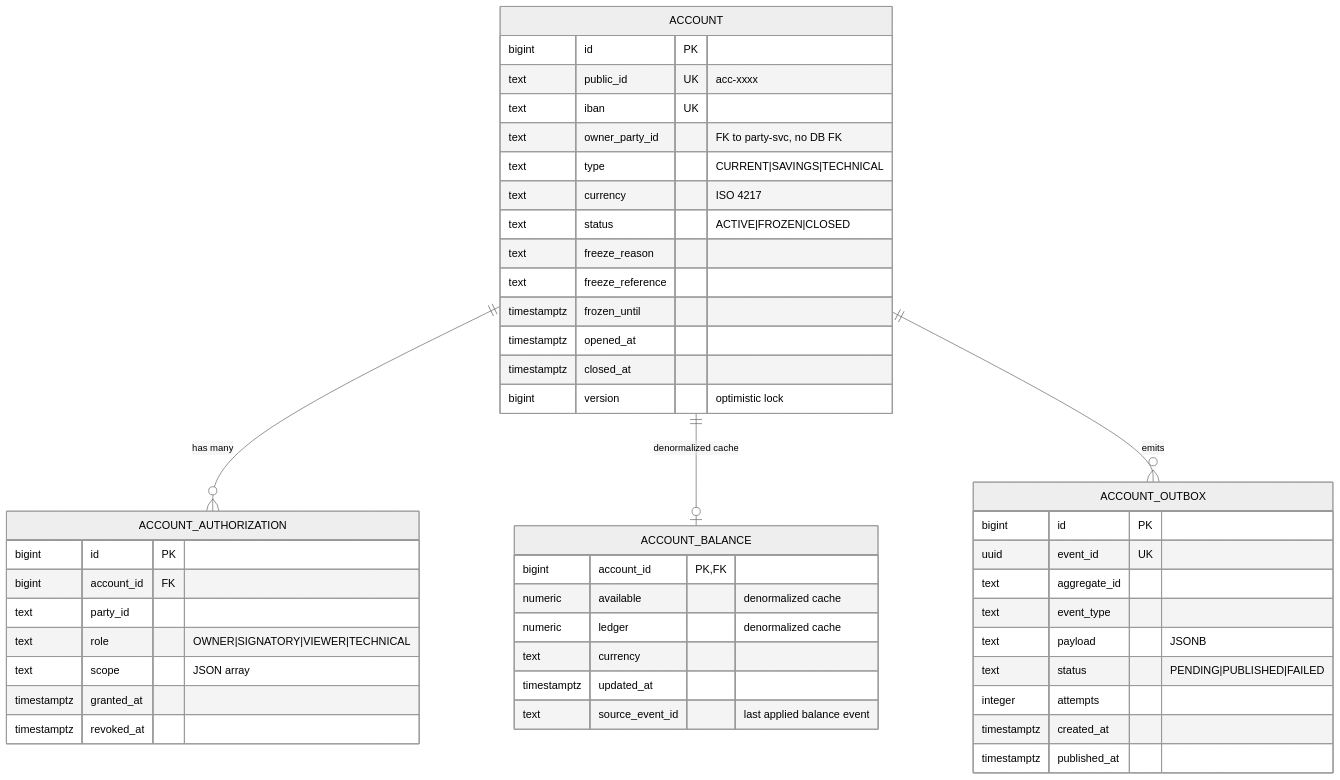
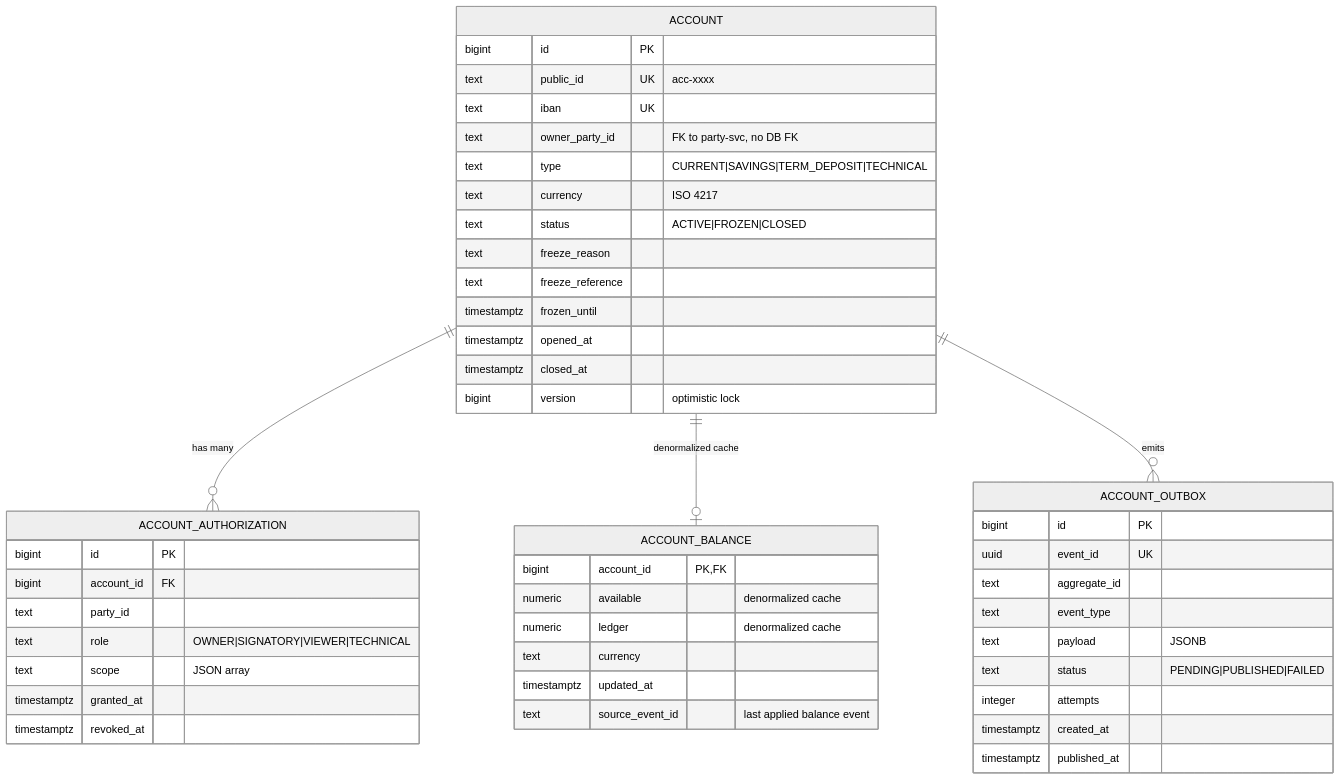
Before and after one commit to JiRaska/open-bank-oss: the diagram in openbank-account-service/src/main/resources/docs/04-data.cs.md, drawn with Mermaid (neutral theme). The commit also changed 21 other files, not shown here.

Commit message:
feat(customer-edge): add term deposit journey

````diff
--- a/openbank-account-service/src/main/resources/docs/04-data.cs.md
+++ b/openbank-account-service/src/main/resources/docs/04-data.cs.md
@@ -7,53 +7,53 @@
 ```mermaid
 erDiagram
   ACCOUNT ||--o{ ACCOUNT_AUTHORIZATION : "has many"
   ACCOUNT ||--o| ACCOUNT_BALANCE : "denormalized cache"
   ACCOUNT ||--o{ ACCOUNT_OUTBOX : "emits"
 
   ACCOUNT {
     bigint id PK
     text public_id UK "acc-xxxx"
     text iban UK
     text owner_party_id "FK to party-svc, no DB FK"
-    text type "CURRENT|SAVINGS|TECHNICAL"
+    text type "CURRENT|SAVINGS|TERM_DEPOSIT|TECHNICAL"
     text currency "ISO 4217"
     text status "ACTIVE|FROZEN|CLOSED"
     text freeze_reason
     text freeze_reference
     timestamptz frozen_until
     timestamptz opened_at
     timestamptz closed_at
     bigint version "optimistic lock"
   }
 
   ACCOUNT_AUTHORIZATION {
     bigint id PK
     bigint account_id FK
     text party_id
     text role "OWNER|SIGNATORY|VIEWER|TECHNICAL"
     text scope "JSON array"
     timestamptz granted_at
     timestamptz revoked_at
   }
 
   ACCOUNT_BALANCE {
     bigint account_id PK,FK
     numeric available "denormalized cache"
     numeric ledger "denormalized cache"
     text currency
     timestamptz updated_at
     text source_event_id "last applied balance event"
   }
 
   ACCOUNT_OUTBOX {
     bigint id PK
     uuid event_id UK
     text aggregate_id
     text event_type
     text payload "JSONB"
     text status "PENDING|PUBLISHED|FAILED"
     integer attempts
     timestamptz created_at
     timestamptz published_at
   }
 ```
````
